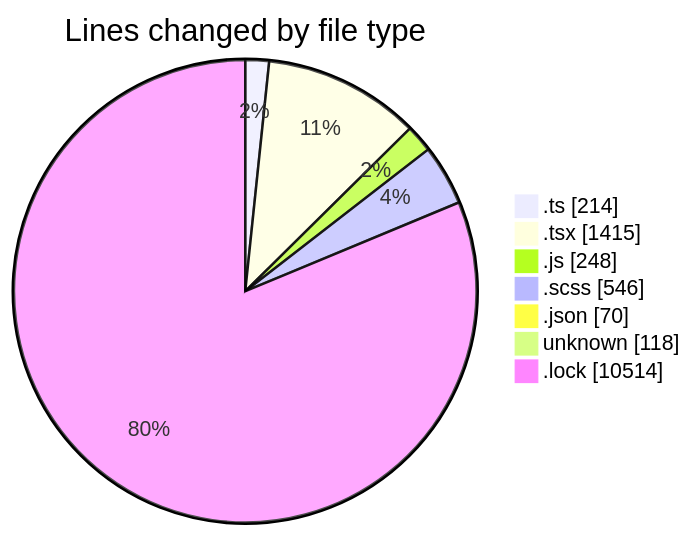
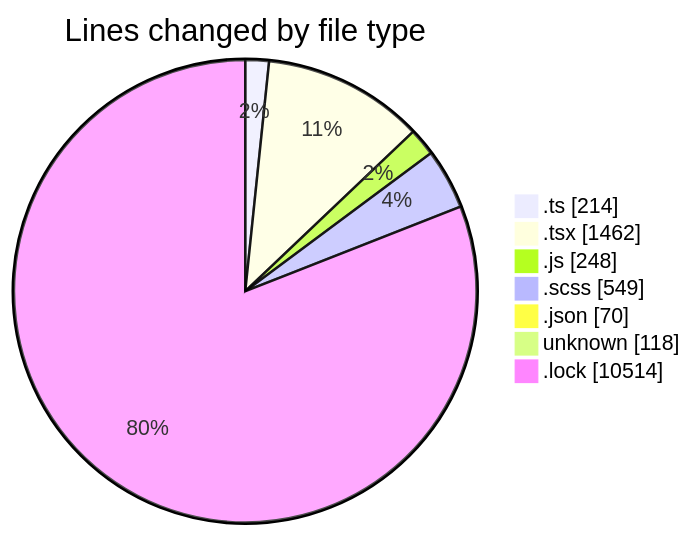
One commit to momahboobian/code-tracking changed the first of 2 diagrams in 2026-05-08/cda/README.md. Above: the diagram before and after it, drawn with Mermaid. The commit also changed other lines of this file and 1 other file, not shown here.

````diff
--- a/2026-05-08/cda/README.md
+++ b/2026-05-08/cda/README.md
@@ -42,11 +42,11 @@
 ```mermaid
 pie showData
 title Lines changed by file type
 ".ts" : 214
-".tsx" : 1415
+".tsx" : 1462
 ".js" : 248
-".scss" : 546
+".scss" : 549
 ".json" : 70
 "unknown" : 118
 ".lock" : 10514
 ```
````
